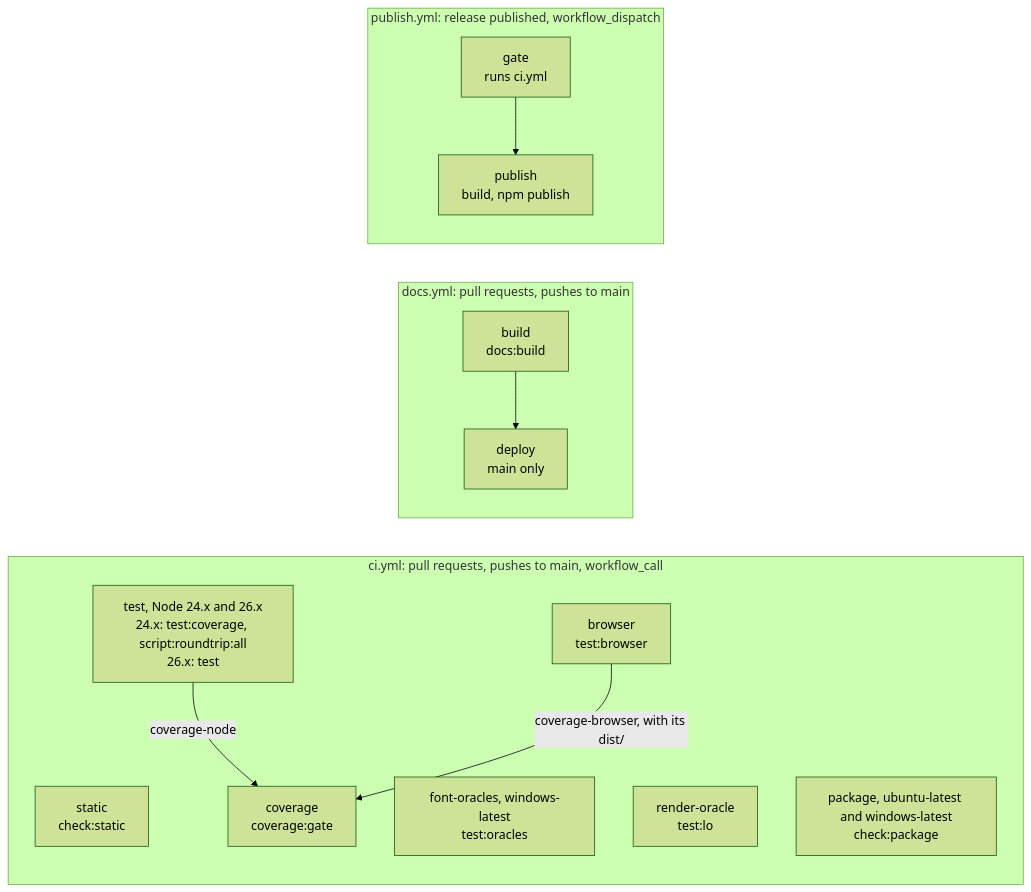
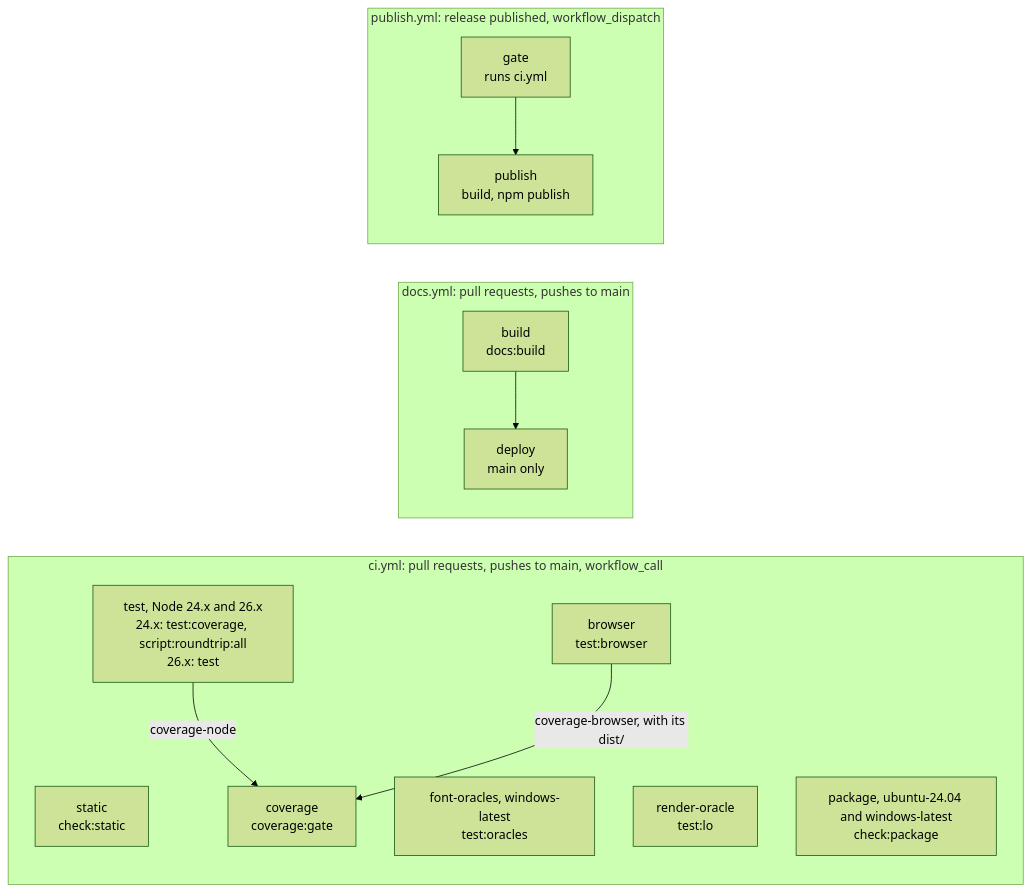
One commit to shbernal/pptx-ts changed the first of 2 diagrams in docs/contributing/testing.md. Above: the diagram before and after it, drawn with Mermaid (forest theme). The commit also changed other lines of this file and 5 other files, not shown here.

````diff
--- a/docs/contributing/testing.md
+++ b/docs/contributing/testing.md
@@ -137,20 +137,20 @@
 ```mermaid
 flowchart LR
   subgraph ci["ci.yml: pull requests, pushes to main, workflow_call"]
     static["static<br/>check:static"]
     test["test, Node 24.x and 26.x<br/>24.x: test:coverage, script:roundtrip:all<br/>26.x: test"]
     fonts["font-oracles, windows-latest<br/>test:oracles"]
     render["render-oracle<br/>test:lo"]
     browser["browser<br/>test:browser"]
     coverage["coverage<br/>coverage:gate"]
-    package["package, ubuntu-latest and windows-latest<br/>check:package"]
+    package["package, ubuntu-24.04 and windows-latest<br/>check:package"]
     test -- "coverage-node" --> coverage
     browser -- "coverage-browser, with its dist/" --> coverage
   end
   subgraph docs["docs.yml: pull requests, pushes to main"]
     build["build<br/>docs:build"] --> deploy["deploy<br/>main only"]
   end
   subgraph publish["publish.yml: release published, workflow_dispatch"]
     gate["gate<br/>runs ci.yml"] --> pub["publish<br/>build, npm publish"]
   end
 ```
````
